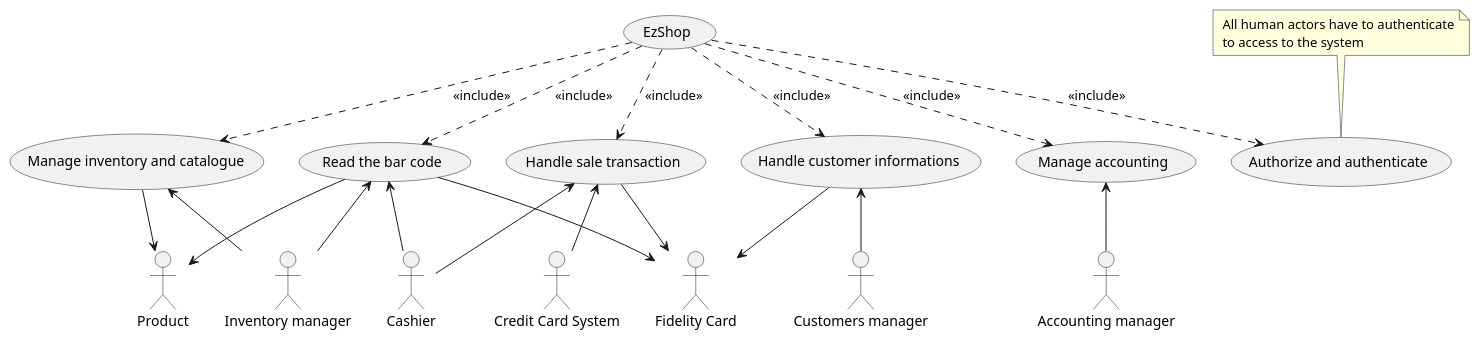
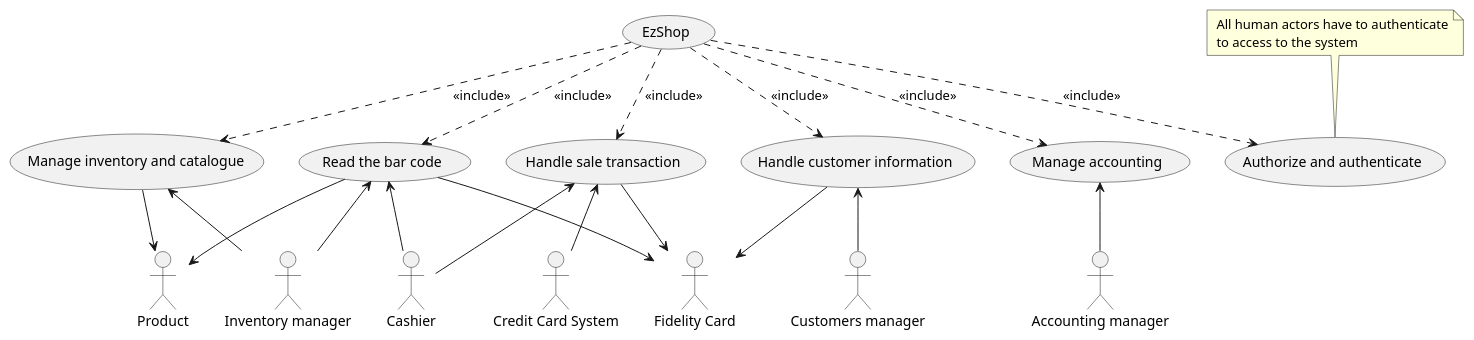
Before and after one commit to GrayNeel/SoftEngProject-EZShop: the second of 4 diagrams in Deliverables/RequirementsDocument.md, drawn with PlantUML. The commit also changed other lines of this file, not shown here.

````diff
--- a/Deliverables/RequirementsDocument.md
+++ b/Deliverables/RequirementsDocument.md
@@ -174,65 +174,65 @@
 ```plantuml
 @startuml
 
 actor Cashier as c
 actor Product as p
 actor "Inventory manager" as im
 actor "Customers manager" as cm
 actor "Accounting manager" as am
 actor "Credit Card System" as cs
 actor "Fidelity Card" as fc
 
 (EzShop) as (ez)
 
 (Authorize and authenticate) as (aa)
-(Handle customer informations) as (hci)
+(Handle customer information) as (hci)
 (Manage inventory and catalogue) as (mic)
 (Read the bar code) as (rbc)
 (Handle sale transaction) as (hst)
 (Manage accounting) as (ma)
 
 /'(Update amount of pieces of a product) as (uapp)
 (Handle Payment by credit card) as (hpcc)
 (Check fidelity card ) as (cfc)'/
 
 note " All human actors have to authenticate\n to access to the system  " as n1
 
 n1 --> aa
 
 
 (ez) ..> (aa) : <<include>>
 (ez) ..> (hci) : <<include>>
 (ez) ..> (mic) : <<include>>
 (ez) ..> (rbc) : <<include>>
 (ez) ..> (hst) : <<include>>
 (ez) ..> (ma) : <<include>>
 
 /'(mic) ..> (uapp) : <<include>>
 (hst) ..> (hpcc) : <<include>>
 (hst) ..> (cfc) : <<include>>'/
 
 c -up-> (hst)
 c -up-> (rbc) 
 /'c --> (uapp)'/ 
 
 cm -up-> (hci)
 am -up-> (ma)
 im -up-> (mic)
 im -up-> (rbc)
 
 
 
 p <-up- (rbc)
 p <-up- (mic)
 
 cs -up-> (hst)
 /'cs -up-> (hpcc)'/
 
 fc <-up- (hst)
 /'fc <-- (cfc)'/
 
 fc <-up- (rbc)
 fc <-up- (hci)
 
 @enduml
 ```
````
